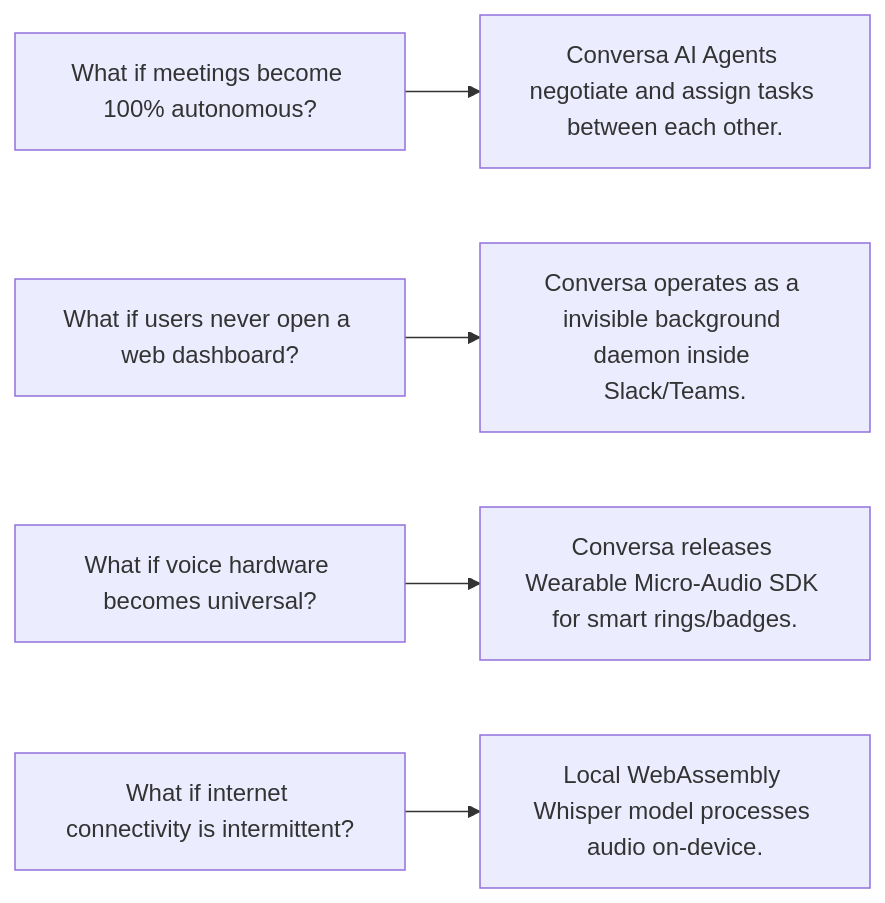
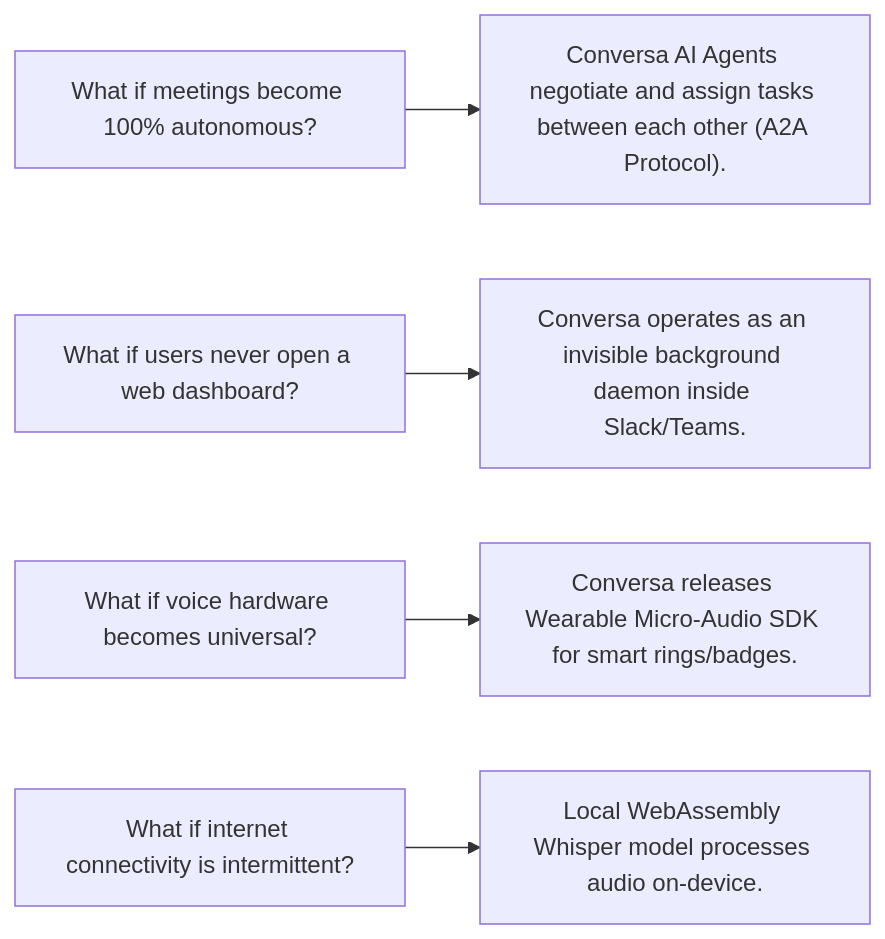
The sixth of 7 diagrams in docs/INNOVATION_ASSESSMENT.md (rjmad1/1_Conversa_HermesBuildathon), drawn with Mermaid before and after one commit. The commit also changed other lines of this file and 10 other files, not shown here.

````diff
--- a/docs/INNOVATION_ASSESSMENT.md
+++ b/docs/INNOVATION_ASSESSMENT.md
@@ -331,7 +226,7 @@
 ```mermaid
 graph LR
-    Scenario1["What if meetings become 100% autonomous?"] --> Strategy1["Conversa AI Agents negotiate and assign tasks between each other."]
-    Scenario2["What if users never open a web dashboard?"] --> Strategy2["Conversa operates as a invisible background daemon inside Slack/Teams."]
+    Scenario1["What if meetings become 100% autonomous?"] --> Strategy1["Conversa AI Agents negotiate and assign tasks between each other (A2A Protocol)."]
+    Scenario2["What if users never open a web dashboard?"] --> Strategy2["Conversa operates as an invisible background daemon inside Slack/Teams."]
     Scenario3["What if voice hardware becomes universal?"] --> Strategy3["Conversa releases Wearable Micro-Audio SDK for smart rings/badges."]
     Scenario4["What if internet connectivity is intermittent?"] --> Strategy4["Local WebAssembly Whisper model processes audio on-device."]
 ```
````
